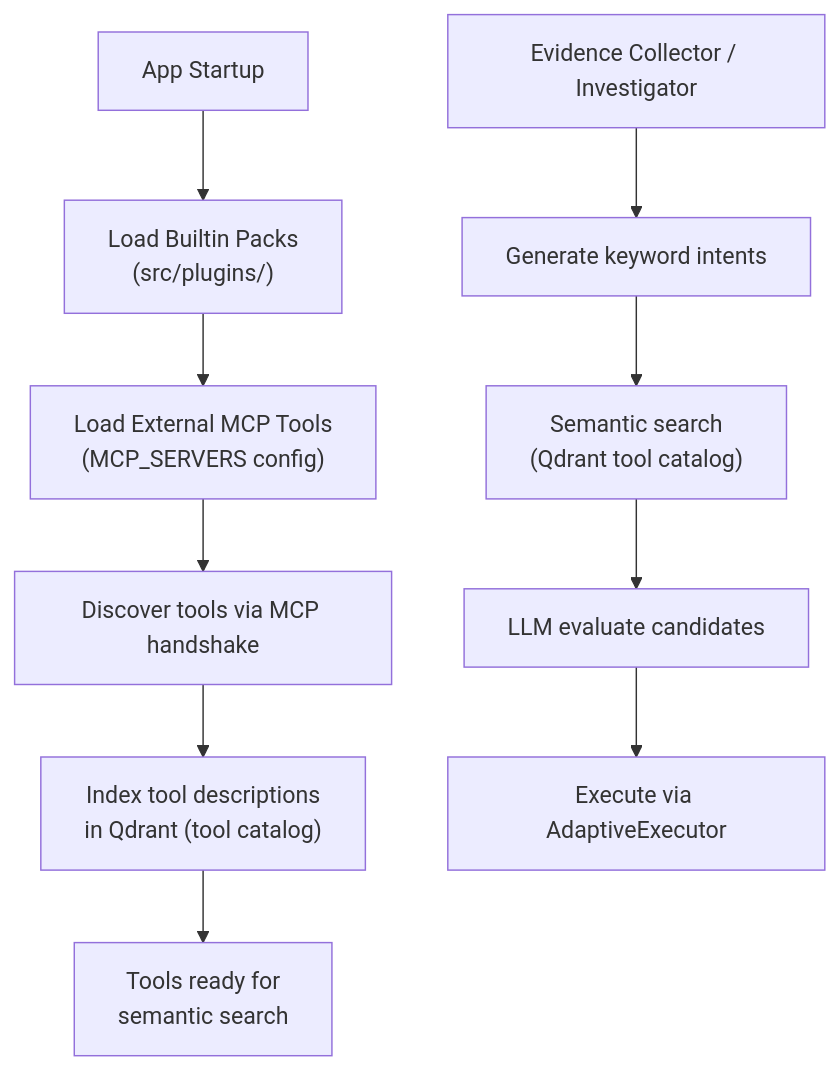
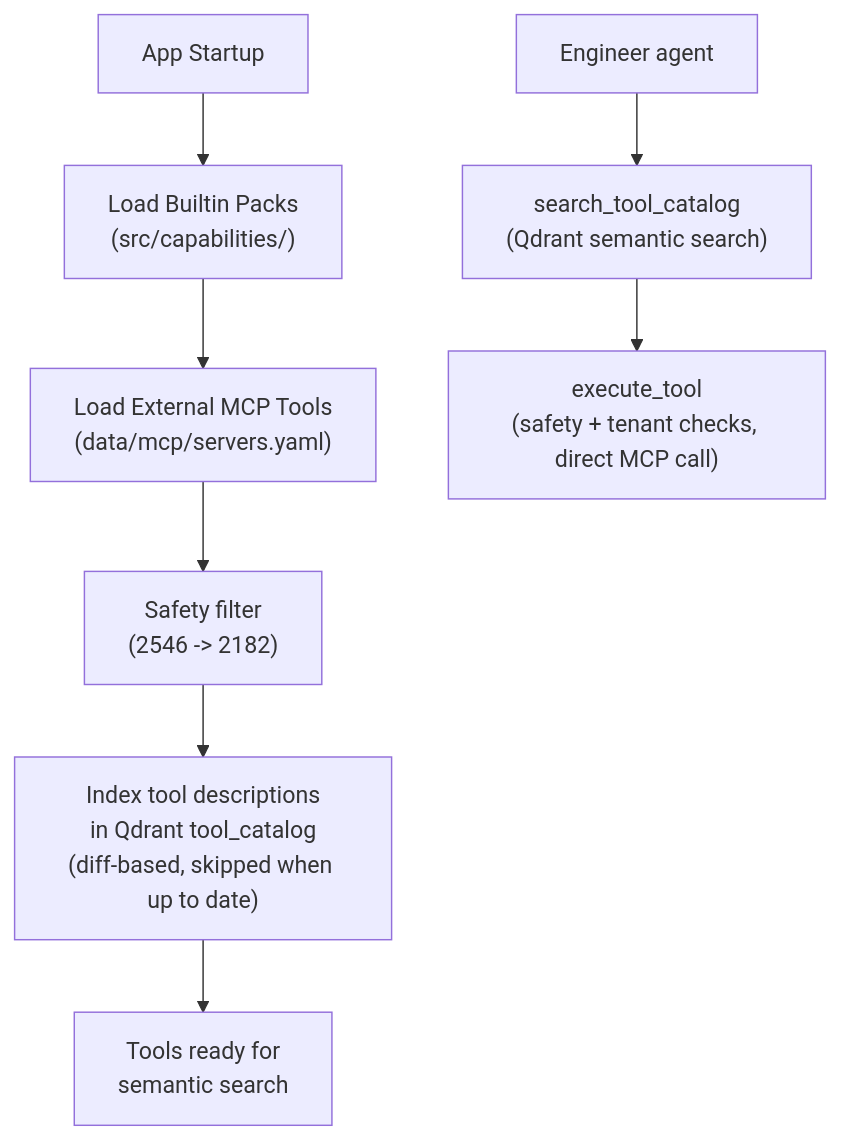
The diagram in docs/integrations/mcp_tools.md (jofra02/L8R), drawn with Mermaid before and after one commit. The commit also changed other lines of this file and 38 other files, not shown here.

````diff
--- a/docs/integrations/mcp_tools.md
+++ b/docs/integrations/mcp_tools.md
@@ -13,13 +15,11 @@
 ```mermaid
 graph TD
-    START["App Startup"] --> BP["Load Builtin Packs\n(src/plugins/)"]
-    BP --> EXT["Load External MCP Tools\n(MCP_SERVERS config)"]
-    EXT --> DISC["Discover tools via MCP handshake"]
-    DISC --> IDX["Index tool descriptions\nin Qdrant (tool catalog)"]
+    START["App Startup"] --> BP["Load Builtin Packs\n(src/capabilities/)"]
+    BP --> EXT["Load External MCP Tools\n(data/mcp/servers.yaml)"]
+    EXT --> SAFE["Safety filter\n(2546 -> 2182)"]
+    SAFE --> IDX["Index tool descriptions\nin Qdrant tool_catalog\n(diff-based, skipped when up to date)"]
     IDX --> READY["Tools ready for\nsemantic search"]
 
-    AGENT["Evidence Collector / Investigator"] --> INTENT["Generate keyword intents"]
-    INTENT --> SEARCH["Semantic search\n(Qdrant tool catalog)"]
-    SEARCH --> EVAL["LLM evaluate candidates"]
-    EVAL --> EXEC["Execute via AdaptiveExecutor"]
+    AGENT["Engineer agent"] --> SEARCH["search_tool_catalog\n(Qdrant semantic search)"]
+    SEARCH --> EXEC["execute_tool\n(safety + tenant checks, direct MCP call)"]
 ```
````
